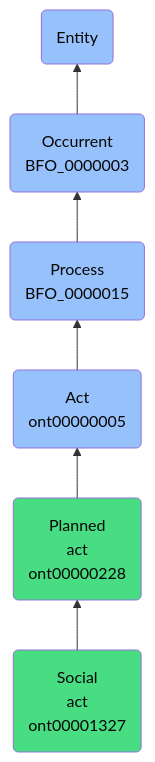
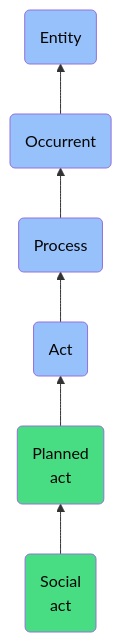
One commit to jupyter-naas/abi changed the diagram in docs/ontology/reference/model/Entity/Occurrent/Process/Act/Planned act/Social act/Social act.md. Above: the diagram before and after it, drawn with Mermaid. The commit also changed other lines of this file and 1430 other files, not shown here.

````diff
--- a/docs/ontology/reference/model/Entity/Occurrent/Process/Act/Planned act/Social act/Social act.md
+++ b/docs/ontology/reference/model/Entity/Occurrent/Process/Act/Planned act/Social act/Social act.md
@@ -24,13 +24,13 @@
 ```mermaid
 graph BT
-    ont00001327(Social<br>act<br>ont00001327):::ABI-->ont00000228
-    ont00000228(Planned<br>act<br>ont00000228):::ABI-->ont00000005
-    ont00000005(Act<br>ont00000005):::BFO-->BFO_0000015
-    BFO_0000015(Process<br>BFO_0000015):::BFO-->BFO_0000003
-    BFO_0000003(Occurrent<br>BFO_0000003):::BFO-->BFO_0000001
+    ont00001327(Social<br>act):::ABI-->ont00000228
+    ont00000228(Planned<br>act):::ABI-->ont00000005
+    ont00000005(Act):::BFO-->BFO_0000015
+    BFO_0000015(Process):::BFO-->BFO_0000003
+    BFO_0000003(Occurrent):::BFO-->BFO_0000001
     BFO_0000001(Entity):::BFO
     
     classDef BFO fill:#97c1fb,color:#060606
     classDef CCO fill:#e4c51e,color:#060606
     classDef ABI fill:#48DD82,color:#060606
 ```
````
